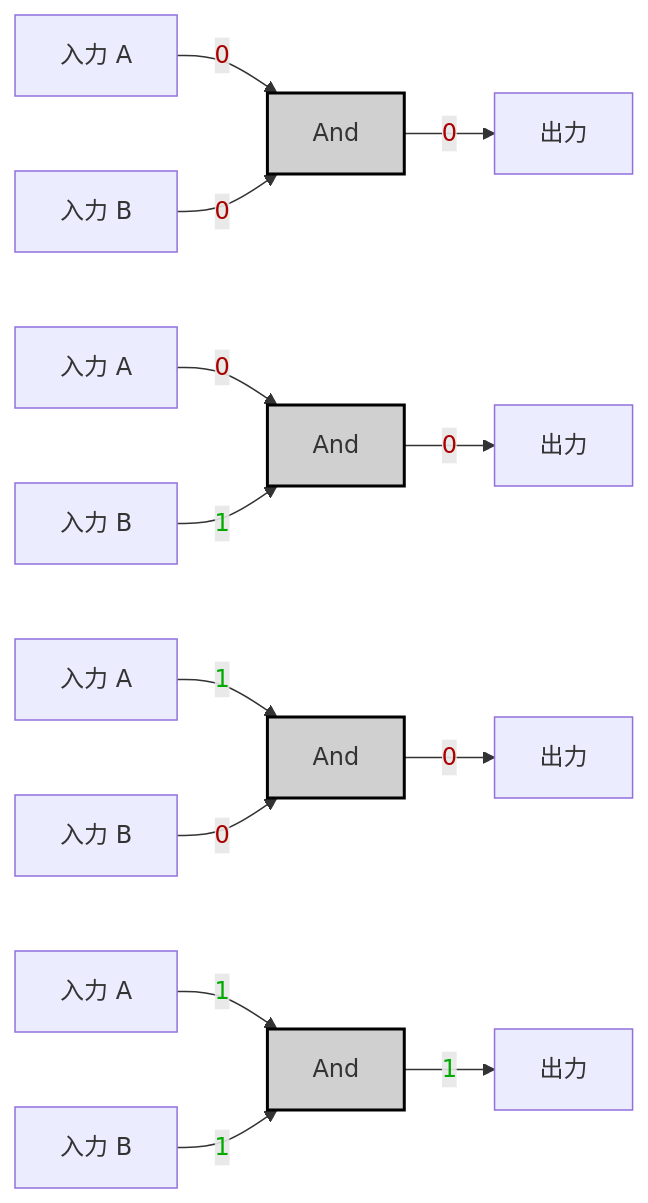
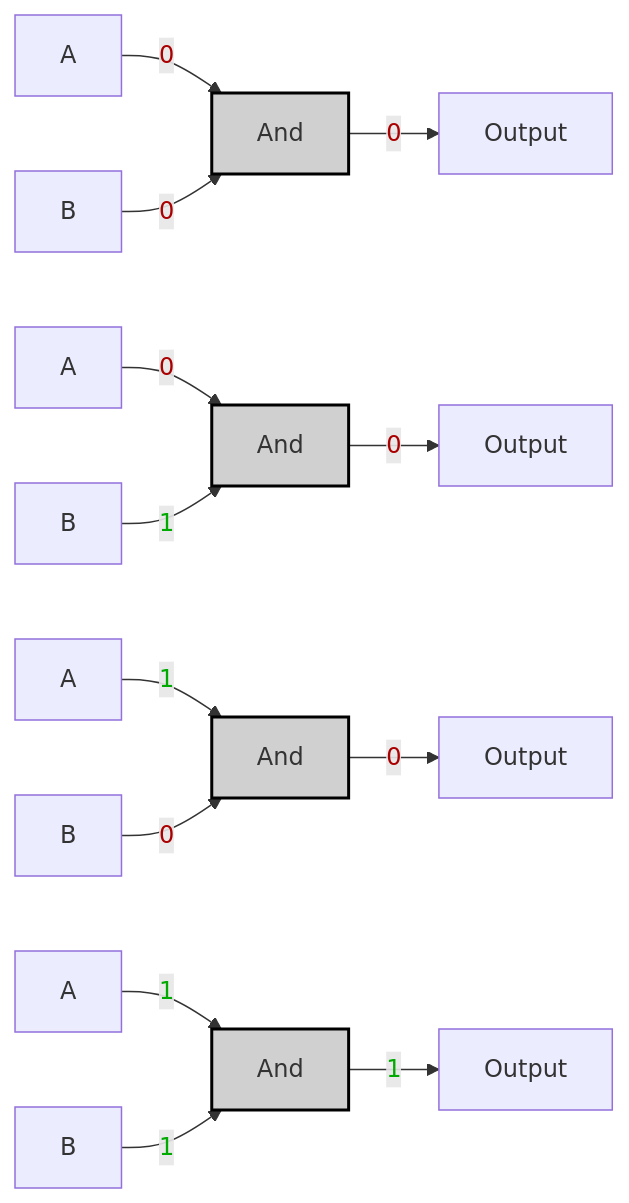
Before and after one commit to MeJamoLeo/Vault_Templates: the first of 2 diagrams in 99_Projects/Nand2Tetris/HackHDL/02_AND.md, drawn with Mermaid. The commit also changed other lines of this file and 3 other files, not shown here.

````diff
--- a/99_Projects/Nand2Tetris/HackHDL/02_AND.md
+++ b/99_Projects/Nand2Tetris/HackHDL/02_AND.md
@@ -19,20 +19,20 @@
 ```mermaid
 graph LR;
-    A0["入力 A"] -->|<span style="color:#a00">0</span>| And0;
-    B0["入力 B"] -->|<span style="color:#a00">0</span>| And0;
-    And0["And"]:::gate -->|<span style="color:#a00">0</span>| OUT0["出力"];
+    A0["A"] -->|<span style="color:#a00">0</span>| And0;
+    B0["B"] -->|<span style="color:#a00">0</span>| And0;
+    And0["And"]:::gate -->|<span style="color:#a00">0</span>| OUT0["Output"];
 
-    A1["入力 A"] -->|<span style="color:#a00">0</span>| And1;
-    B1["入力 B"] -->|<span style="color:#0a0">1</span>| And1;
-    And1["And"]:::gate -->|<span style="color:#a00">0</span>| OUT1["出力"];
+    A1["A"] -->|<span style="color:#a00">0</span>| And1;
+    B1["B"] -->|<span style="color:#0a0">1</span>| And1;
+    And1["And"]:::gate -->|<span style="color:#a00">0</span>| OUT1["Output"];
 
-    A2["入力 A"] -->|<span style="color:#0a0">1</span>| And2;
-    B2["入力 B"] -->|<span style="color:#a00">0</span>| And2;
-    And2["And"]:::gate -->|<span style="color:#a00">0</span>| OUT2["出力"];
+    A2["A"] -->|<span style="color:#0a0">1</span>| And2;
+    B2["B"] -->|<span style="color:#a00">0</span>| And2;
+    And2["And"]:::gate -->|<span style="color:#a00">0</span>| OUT2["Output"];
 
-    A3["入力 A"] -->|<span style="color:#0a0">1</span>| And3;
-    B3["入力 B"] -->|<span style="color:#0a0">1</span>| And3;
-    And3["And"]:::gate -->|<span style="color:#0a0">1</span>| OUT3["出力"];
+    A3["A"] -->|<span style="color:#0a0">1</span>| And3;
+    B3["B"] -->|<span style="color:#0a0">1</span>| And3;
+    And3["And"]:::gate -->|<span style="color:#0a0">1</span>| OUT3["Output"];
 
     classDef gate fill:#d0d0d0,stroke:#000,stroke-width:2px;
 ```
````
